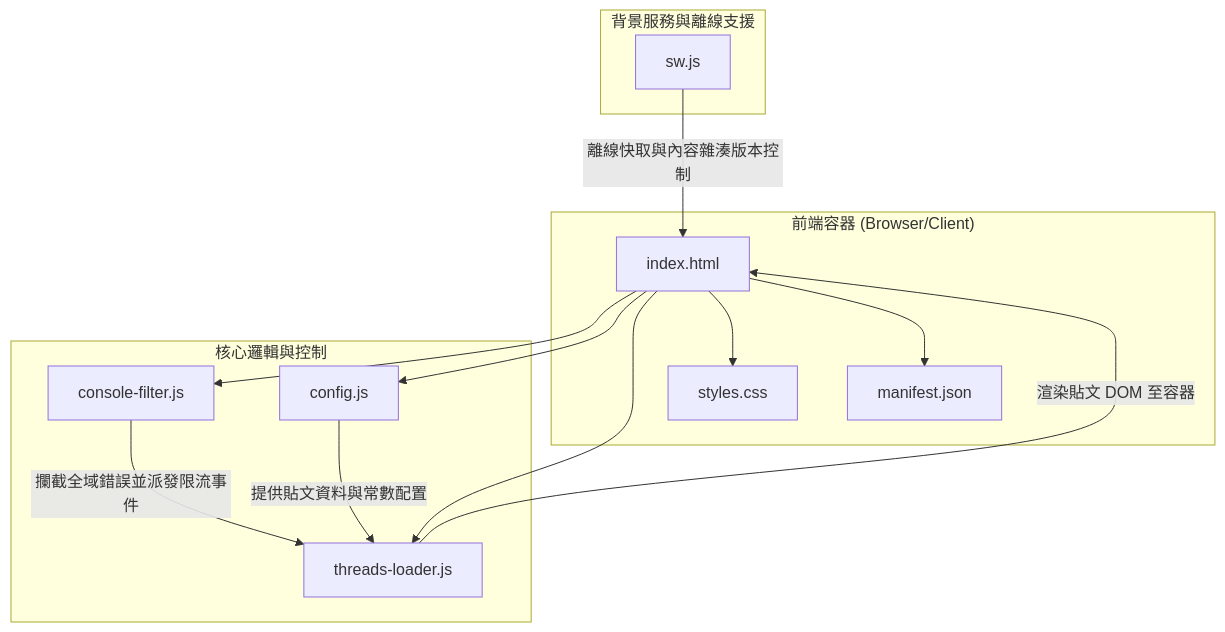
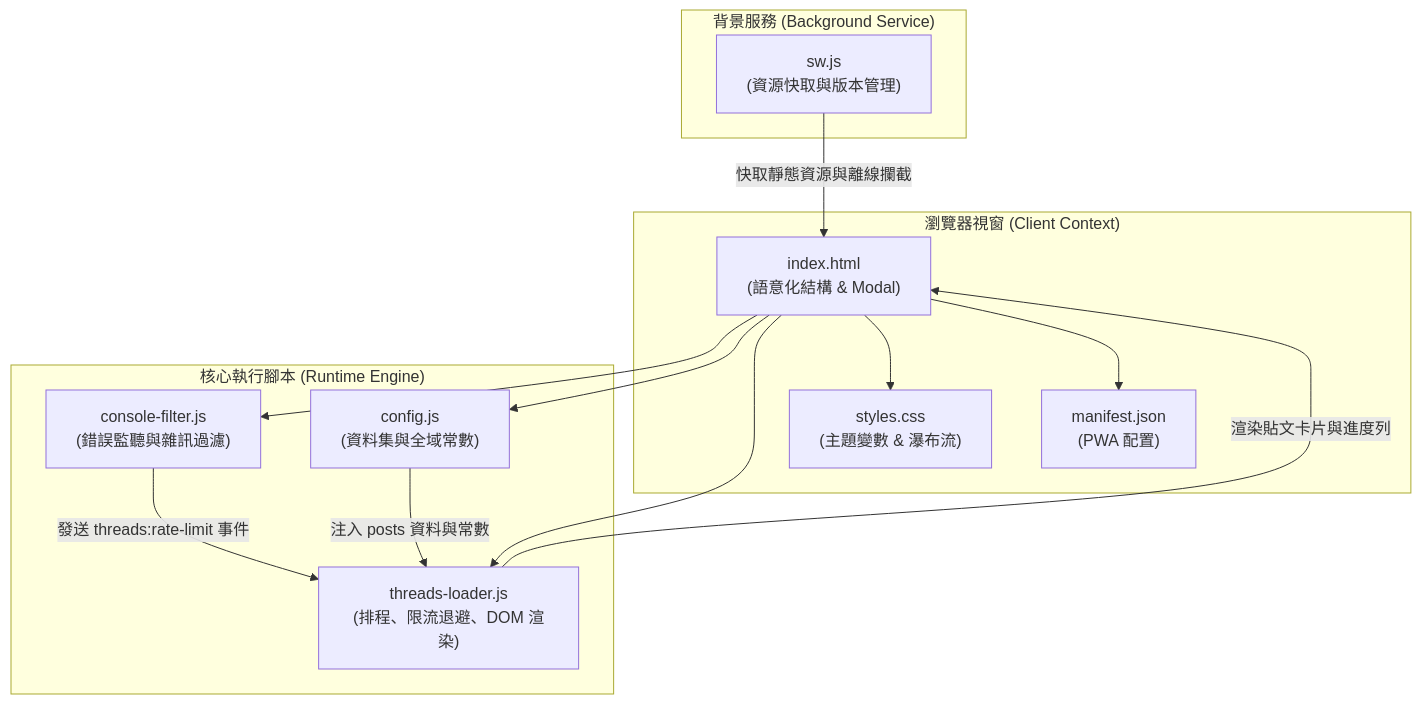
Before and after one commit to Scorpio-meow/Threads-Featured-Posts: the second of 3 diagrams in README.md, drawn with Mermaid. The commit also changed other lines of this file and 2 other files, not shown here.

````diff
--- a/README.md
+++ b/README.md
@@ -157,30 +185,29 @@
 ```mermaid
 flowchart TD
-    subgraph Client ["前端容器 (Browser/Client)"]
-        Index["index.html"]
-        Style["styles.css"]
-        Manifest["manifest.json"]
+    subgraph Browser ["瀏覽器視窗 (Client Context)"]
+        HTML["index.html\n(語意化結構 & Modal)"]
+        CSS["styles.css\n(主題變數 & 瀑布流)"]
+        Manifest["manifest.json\n(PWA 配置)"]
     end
 
-    subgraph Logic ["核心邏輯與控制"]
-        Config["config.js"]
-        Filter["console-filter.js"]
-        Loader["threads-loader.js"]
+    subgraph Scripts ["核心執行腳本 (Runtime Engine)"]
+        Filter["console-filter.js\n(錯誤監聽與雜訊過濾)"]
+        Config["config.js\n(資料集與全域常數)"]
+        Loader["threads-loader.js\n(排程、限流退避、DOM 渲染)"]
     end
 
-    subgraph Service ["背景服務與離線支援"]
-        SW["sw.js"]
+    subgraph ServiceWorker ["背景服務 (Background Service)"]
+        SW["sw.js\n(資源快取與版本管理)"]
     end
 
-    Index --> Filter
-    Index --> Config
-    Index --> Loader
-    Index --> Style
-    Index --> Manifest
-    
-    Filter -- "攔截全域錯誤並派發限流事件" --> Loader
-    Config -- "提供貼文資料與常數配置" --> Loader
-    Loader -- "渲染貼文 DOM 至容器" --> Index
-    
-    SW -- "離線快取與內容雜湊版本控制" --> Index
+    HTML --> Filter
+    HTML --> Config
+    HTML --> Loader
+    HTML --> CSS
+    HTML --> Manifest
+
+    Filter -- "發送 threads:rate-limit 事件" --> Loader
+    Config -- "注入 posts 資料與常數" --> Loader
+    Loader -- "渲染貼文卡片與進度列" --> HTML
+    SW -- "快取靜態資源與離線攔截" --> HTML
 ```
````
